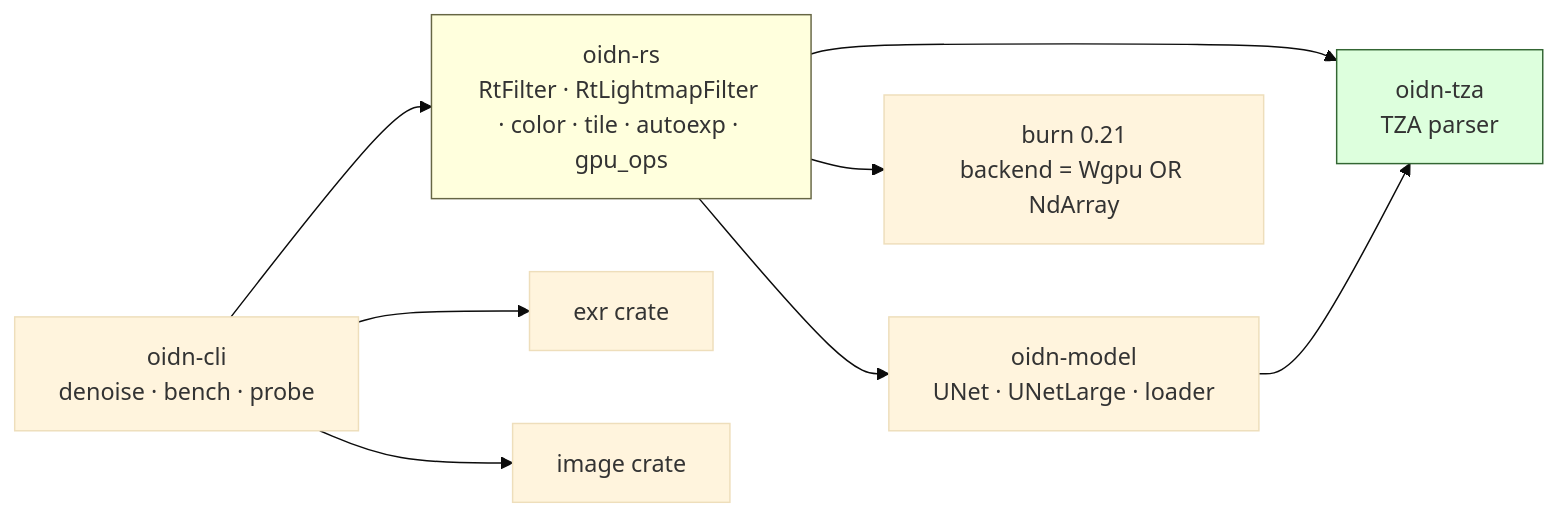
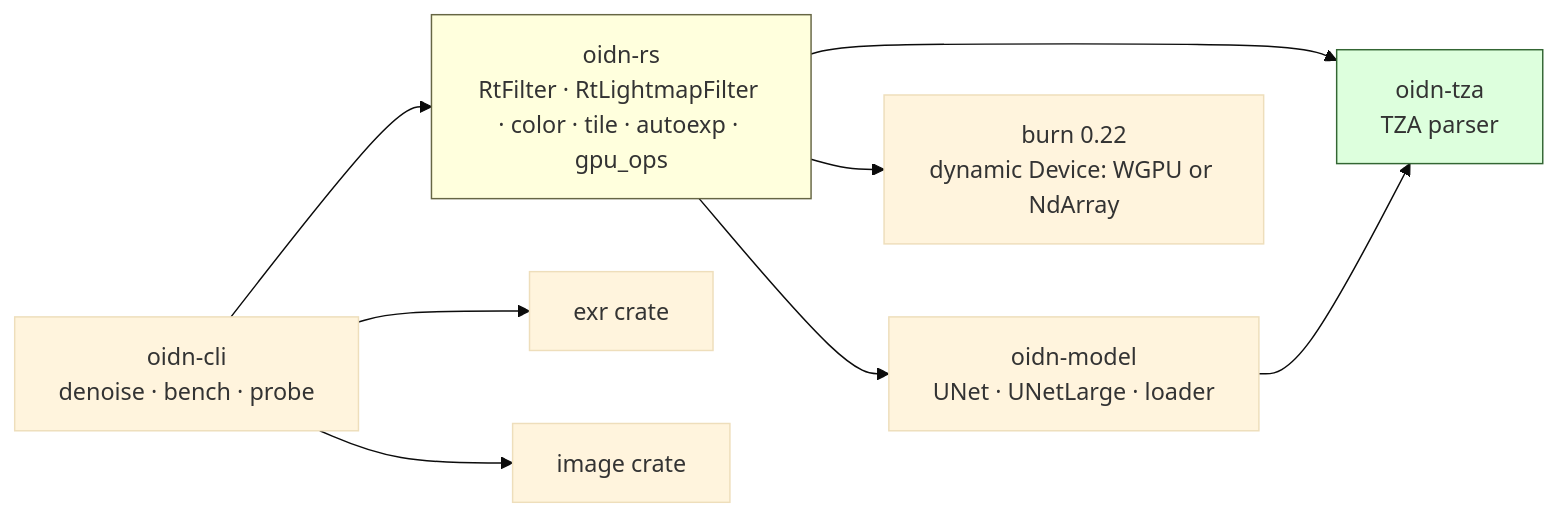
Before and after one commit to ssoj13/oidn-rs: the first of 19 diagrams in DIAGRAMS.md, drawn with Mermaid (base theme). The commit also changed other lines of this file and 245 other files, not shown here.

````diff
--- a/DIAGRAMS.md
+++ b/DIAGRAMS.md
@@ -9,12 +9,12 @@
 ```mermaid
 graph LR
     cli[oidn-cli<br/>denoise · bench · probe] --> facade[oidn-rs<br/>RtFilter · RtLightmapFilter · color · tile · autoexp · gpu_ops]
     facade --> model[oidn-model<br/>UNet · UNetLarge · loader]
     facade --> tza[oidn-tza<br/>TZA parser]
     model --> tza
-    facade --> burn[burn 0.21<br/>backend = Wgpu OR NdArray]
+    facade --> burn[burn 0.22<br/>dynamic Device: WGPU or NdArray]
     cli --> exr[exr crate]
     cli --> img[image crate]
     style facade fill:#ffd,stroke:#664
     style tza fill:#dfd,stroke:#363
 ```
````
